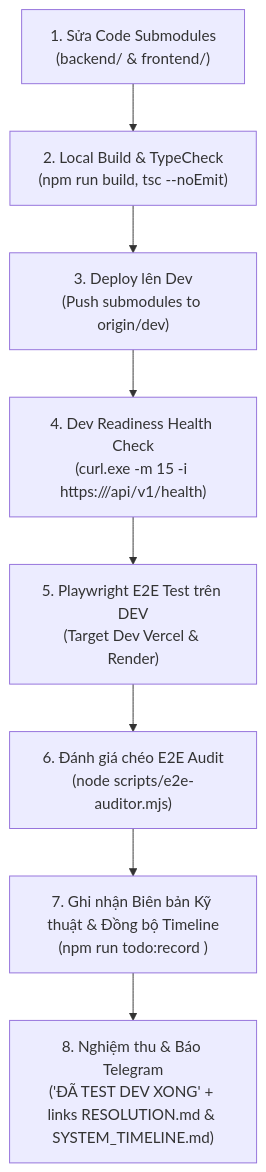
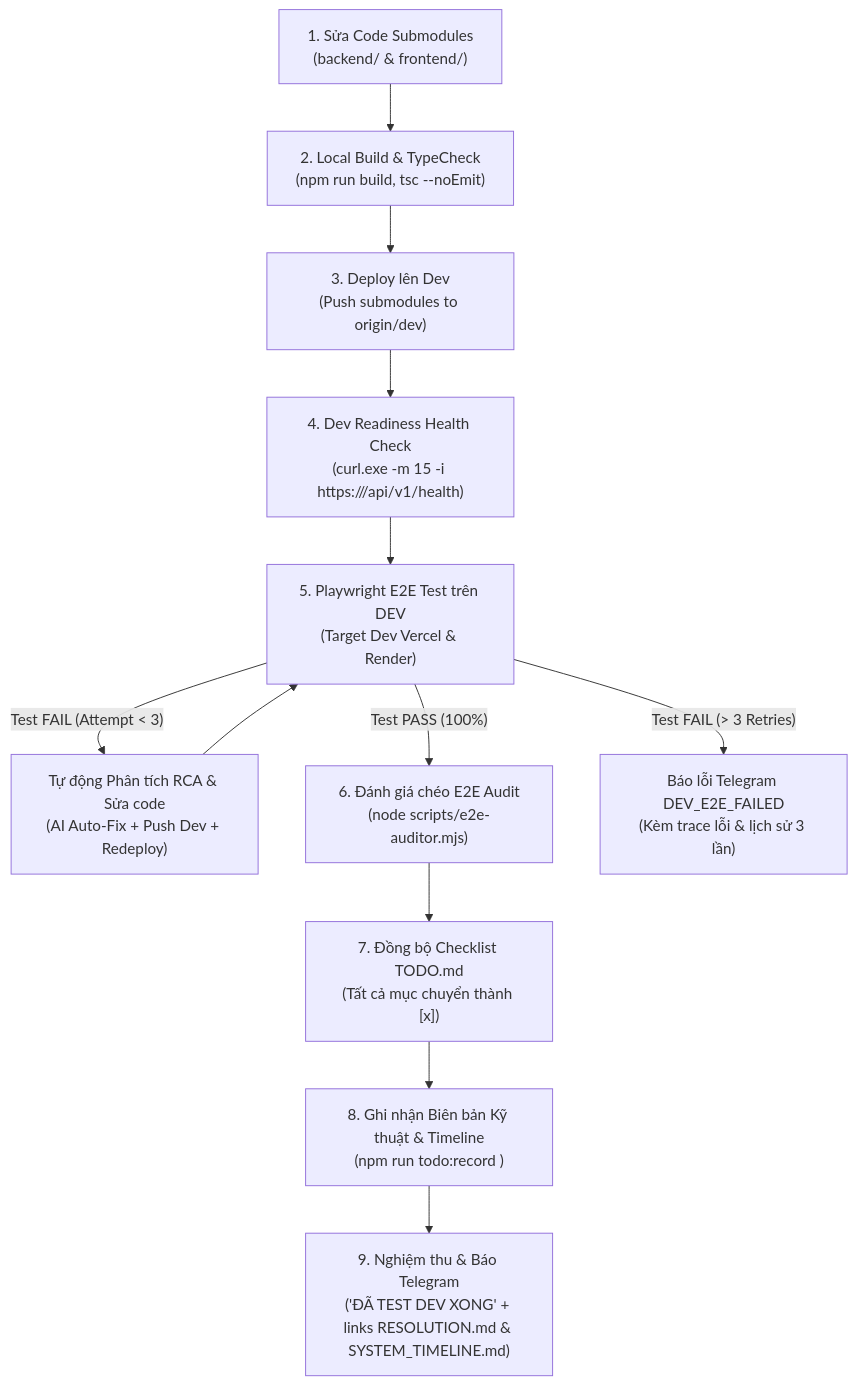
One commit to lyquangthai1993/logistics-website changed the second of 2 diagrams in .agents/skills/todo-agent/SKILL.md. Above: the diagram before and after it, drawn with Mermaid. The commit also changed other lines of this file and 2 other files, not shown here.

Commit message:
feat(todo-agent): implement autonomous self-healing retry loop (max 3 retries) for dev e2e tests

````diff
--- a/.agents/skills/todo-agent/SKILL.md
+++ b/.agents/skills/todo-agent/SKILL.md
@@ -239,10 +239,14 @@
 ```mermaid
 flowchart TD
     S1["1. Sửa Code Submodules<br>(backend/ & frontend/)"] --> S2["2. Local Build & TypeCheck<br>(npm run build, tsc --noEmit)"]
     S2 --> S3["3. Deploy lên Dev<br>(Push submodules to origin/dev)"]
     S3 --> S4["4. Dev Readiness Health Check<br>(curl.exe -m 15 -i https://<backend>/api/v1/health)"]
     S4 --> S5["5. Playwright E2E Test trên DEV<br>(Target Dev Vercel & Render)"]
-    S5 --> S6["6. Đánh giá chéo E2E Audit<br>(node scripts/e2e-auditor.mjs)"]
-    S6 --> S7["7. Ghi nhận Biên bản Kỹ thuật & Đồng bộ Timeline<br>(npm run todo:record <folder>)"]
-    S7 --> S8["8. Nghiệm thu & Báo Telegram<br>('ĐÃ TEST DEV XONG' + links RESOLUTION.md & SYSTEM_TIMELINE.md)"]
+    S5 -- "Test FAIL (Attempt < 3)" --> S5R["Tự động Phân tích RCA & Sửa code<br>(AI Auto-Fix + Push Dev + Redeploy)"]
+    S5R --> S5
+    S5 -- "Test PASS (100%)" --> S6["6. Đánh giá chéo E2E Audit<br>(node scripts/e2e-auditor.mjs)"]
+    S5 -- "Test FAIL (> 3 Retries)" --> S_FAIL["Báo lỗi Telegram DEV_E2E_FAILED<br>(Kèm trace lỗi & lịch sử 3 lần)"]
+    S6 --> S7["7. Đồng bộ Checklist TODO.md<br>(Tất cả mục chuyển thành [x])"]
+    S7 --> S8["8. Ghi nhận Biên bản Kỹ thuật & Timeline<br>(npm run todo:record <folder>)"]
+    S8 --> S9["9. Nghiệm thu & Báo Telegram<br>('ĐÃ TEST DEV XONG' + links RESOLUTION.md & SYSTEM_TIMELINE.md)"]
 ```
````
